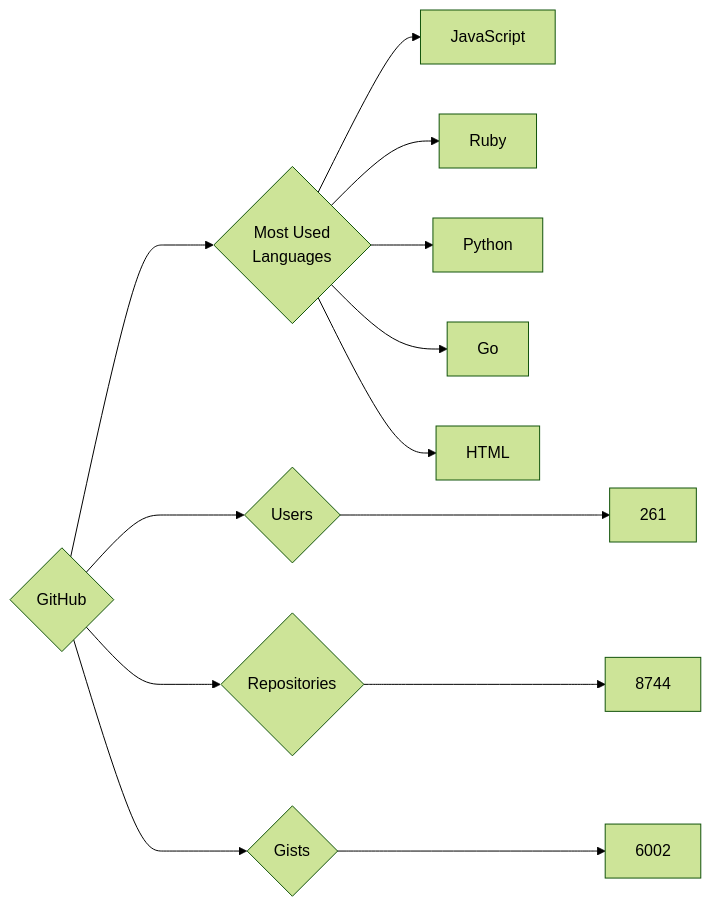
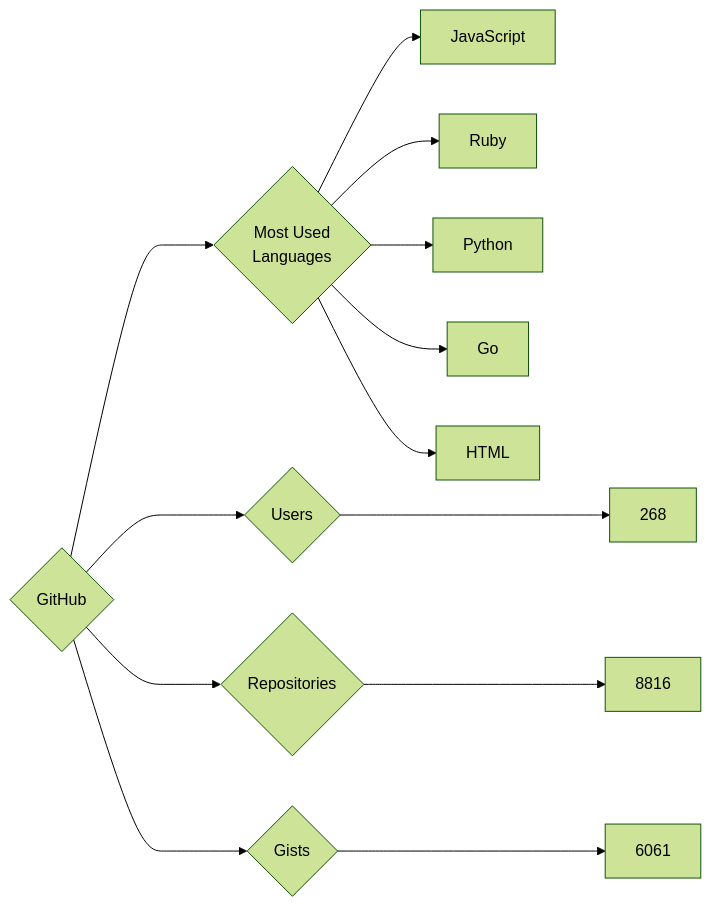
The diagram in targets/GitHub/README.md (trickest/insiders), drawn with Mermaid (forest theme) before and after one commit. The commit also changed 752 other files, not shown here.

````diff
--- a/targets/GitHub/README.md
+++ b/targets/GitHub/README.md
@@ -3,13 +3,13 @@
 ```mermaid
 graph LR
 COMPANY_NAME{GitHub}
-COMPANY_NAME ---> U{Users} ---> UN[261]
-COMPANY_NAME ---> R{Repositories} ---> RN[8744]
-COMPANY_NAME ---> G{Gists} ---> GN[6002]
+COMPANY_NAME ---> U{Users} ---> UN[268]
+COMPANY_NAME ---> R{Repositories} ---> RN[8816]
+COMPANY_NAME ---> G{Gists} ---> GN[6061]
 COMPANY_NAME ---> ML{Most Used<br>Languages}
 ML --> JavaScript[JavaScript]
 ML --> Ruby[Ruby]
 ML --> Python[Python]
 ML --> Go[Go]
 ML --> HTML[HTML]
 ```
````
